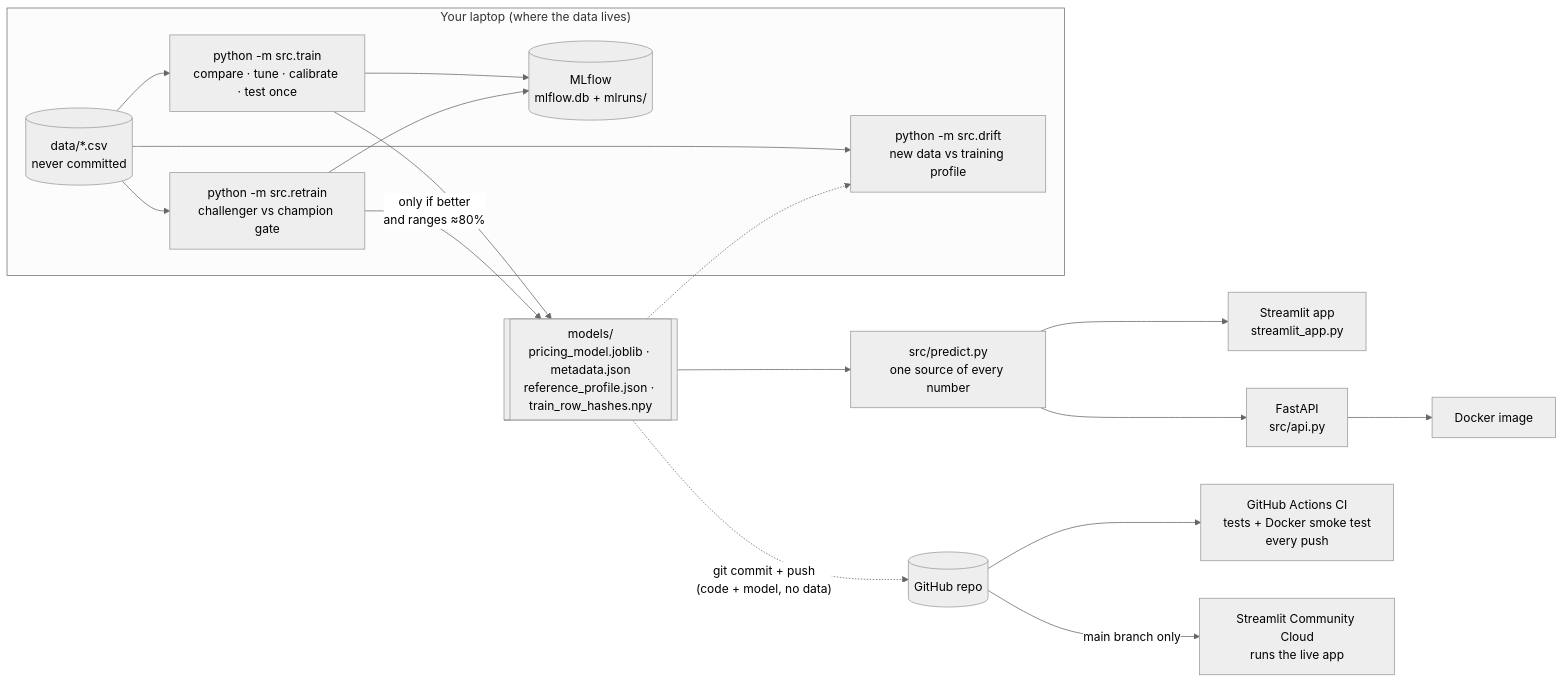
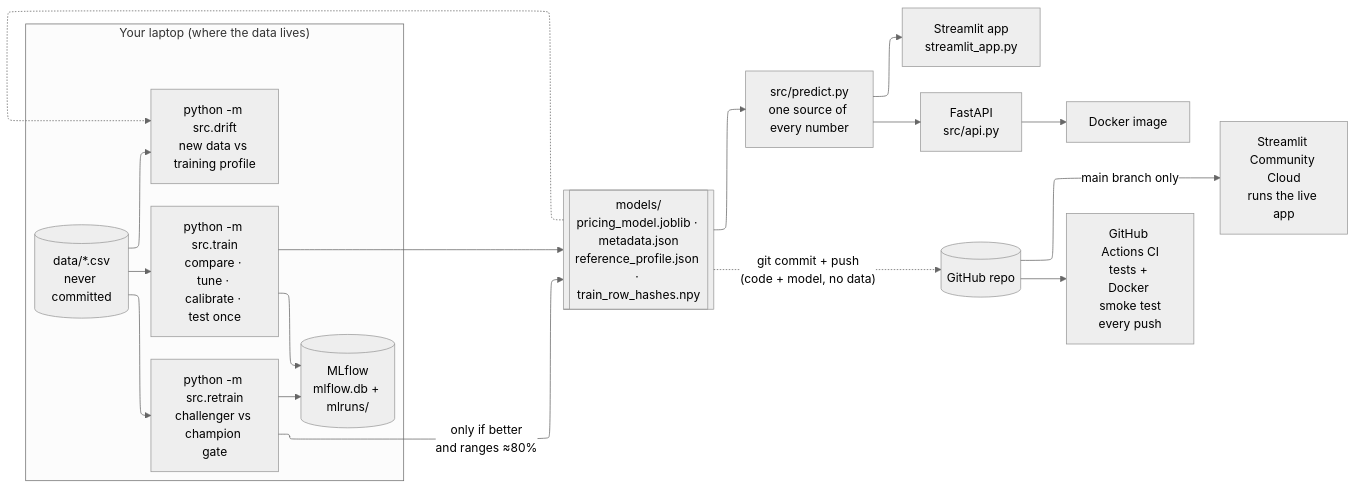
The diagram in docs/architecture.mmd (Kaushik075/used-car-pricing-engine), drawn with Mermaid (neutral theme) before and after one commit. The commit also changed 1 other file, not shown here.

Commit message:
Redraw architecture diagram with GitHub's layout

```diff
--- a/docs/architecture.mmd
+++ b/docs/architecture.mmd
@@ -1,23 +1,29 @@
+---
+config:
+  layout: elk
+  flowchart:
+    wrappingWidth: 110
+---
 flowchart LR
     subgraph local["Your laptop (where the data lives)"]
         CSV[("data/*.csv<br/>never committed")]
         TRAIN["python -m src.train<br/>compare · tune · calibrate · test once"]
         RETRAIN["python -m src.retrain<br/>challenger vs champion gate"]
         DRIFT["python -m src.drift<br/>new data vs training profile"]
         MLF[("MLflow<br/>mlflow.db + mlruns/")]
         CSV --> TRAIN & RETRAIN & DRIFT
         TRAIN --> MLF
         RETRAIN --> MLF
     end
     MODELS[["models/<br/>pricing_model.joblib · metadata.json<br/>reference_profile.json · train_row_hashes.npy"]]
     TRAIN --> MODELS
     RETRAIN -- "only if better<br/>and ranges ≈80%" --> MODELS
     MODELS -.-> DRIFT
     PRED["src/predict.py<br/>one source of every number"]
     MODELS --> PRED
     PRED --> APP["Streamlit app<br/>streamlit_app.py"]
     PRED --> API["FastAPI<br/>src/api.py"]
     API --> DOCKER["Docker image"]
     MODELS -. "git commit + push<br/>(code + model, no data)" .-> REPO[("GitHub repo")]
     REPO --> GH["GitHub Actions CI<br/>tests + Docker smoke test<br/>every push"]
     REPO -- "main branch only" --> CLOUD["Streamlit Community Cloud<br/>runs the live app"]
```
